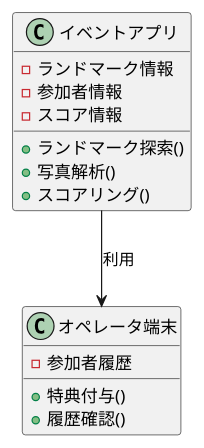
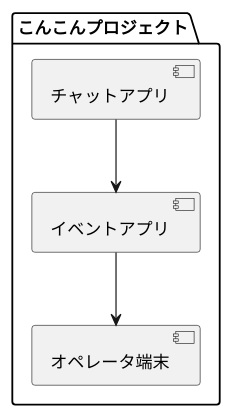
One commit to YuuhaNi/konkon-tree changed the diagram in Generated_Requirements/requirements_definition.md. Above: the diagram before and after it, drawn with PlantUML. The commit also changed other lines of this file and 39 other files, not shown here.

````diff
--- a/Generated_Requirements/requirements_definition.md
+++ b/Generated_Requirements/requirements_definition.md
@@ -239,20 +53,8 @@
-```plantuml
-@startuml
-class イベントアプリ {
-  - ランドマーク情報
-  - 参加者情報
-  - スコア情報
-  + ランドマーク探索()
-  + 写真解析()
-  + スコアリング()
-}
-
-class オペレータ端末 {
-  - 参加者履歴
-  + 特典付与()
-  + 履歴確認()
-}
-
-イベントアプリ --> オペレータ端末 : 利用
-@enduml
-```
+      ```plantuml
+      @startuml
+      package "こんこんプロジェクト" {
+          [チャットアプリ] --> [イベントアプリ]
+          [イベントアプリ] --> [オペレータ端末]
+      }
+      @enduml
+      ```
````
